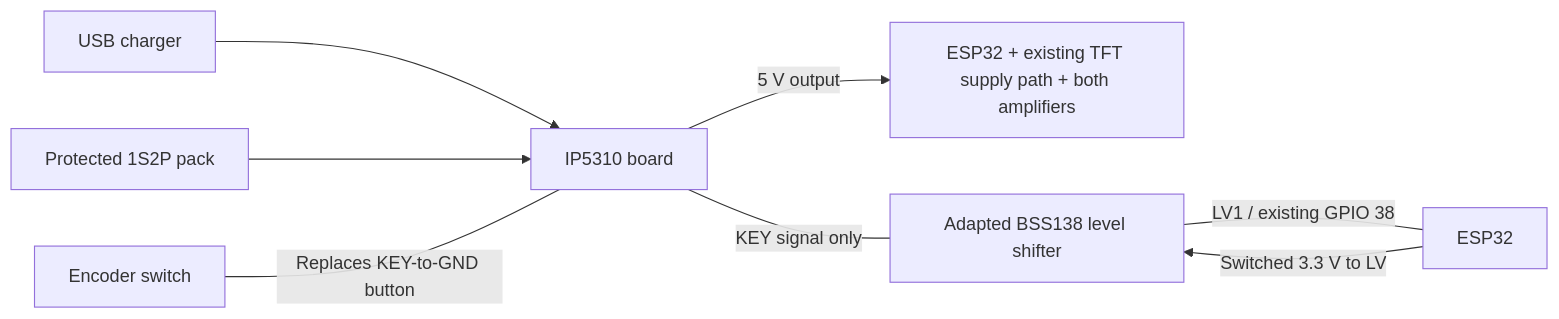
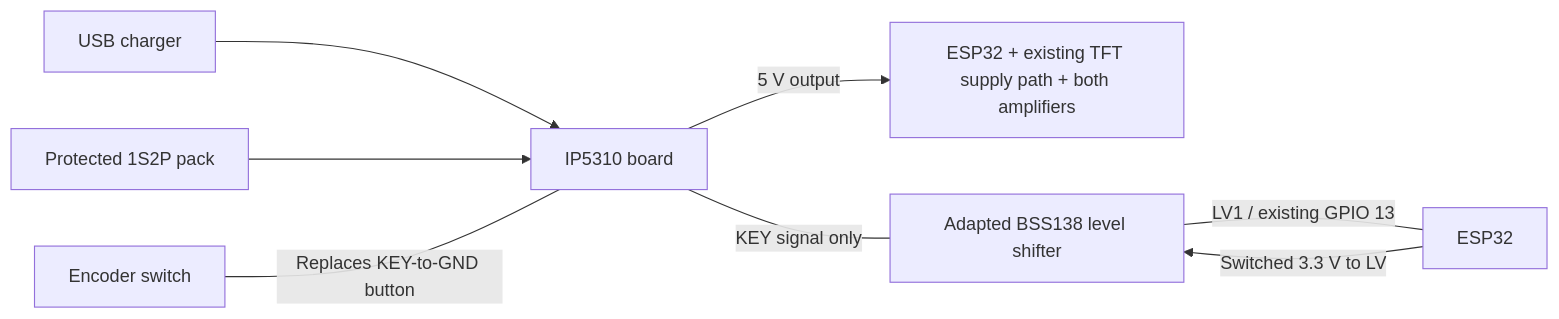
Before and after one commit to theDontKnowGuy/radiohead: the diagram in docs/hardware/battery-power-architecture-plan.md, drawn with Mermaid. The commit also changed other lines of this file and 14 other files, not shown here.

````diff
--- a/docs/hardware/battery-power-architecture-plan.md
+++ b/docs/hardware/battery-power-architecture-plan.md
@@ -46,10 +46,10 @@
 ```mermaid
 flowchart LR
     USB[USB charger] --> PMIC[IP5310 board]
     PACK[Protected 1S2P pack] --> PMIC
     PMIC -->|5 V output| RADIO[ESP32 + existing TFT supply path + both amplifiers]
     SW[Encoder switch] ---|Replaces KEY-to-GND button| PMIC
     PMIC ---|KEY signal only| SHIFT[Adapted BSS138 level shifter]
-    SHIFT ---|LV1 / existing GPIO 38| ESP[ESP32]
+    SHIFT ---|LV1 / existing GPIO 13| ESP[ESP32]
     ESP -->|Switched 3.3 V to LV| SHIFT
 ```
````
